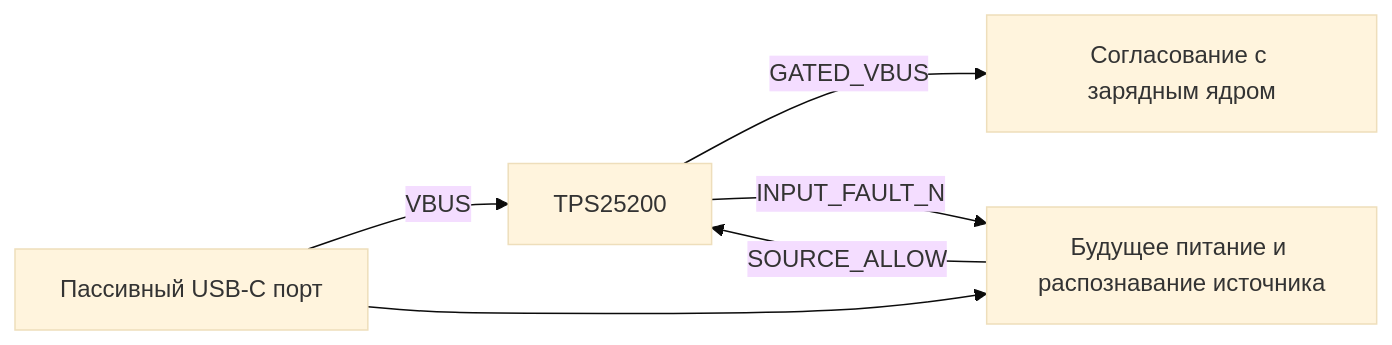
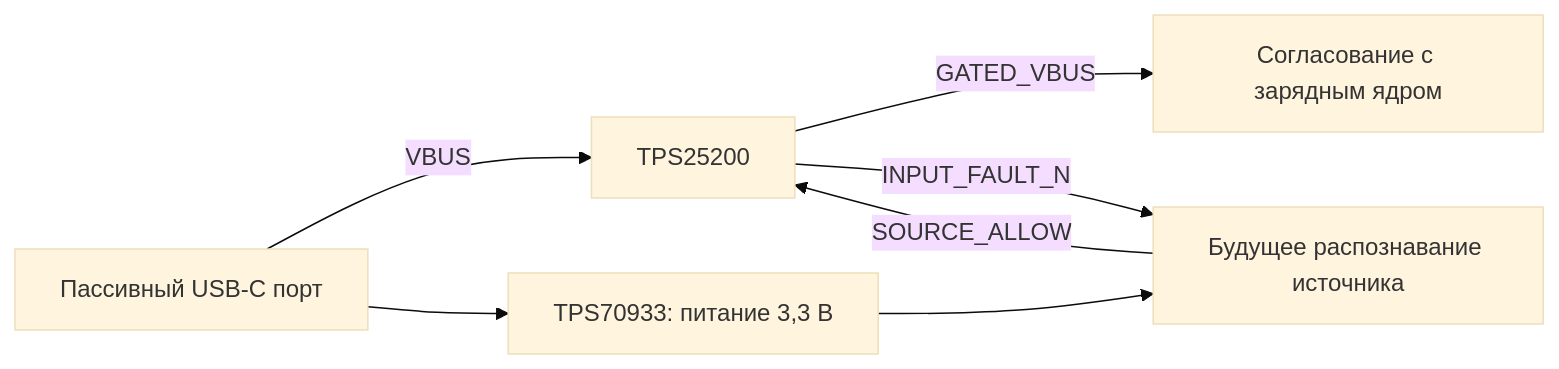
One commit to BlowYourBrain/RaceRemote changed the diagram in hardware/usb-input-gate/README.md. Above: the diagram before and after it, drawn with Mermaid (base theme). The commit also changed other lines of this file and 18 other files, not shown here.

````diff
--- a/hardware/usb-input-gate/README.md
+++ b/hardware/usb-input-gate/README.md
@@ -11,8 +11,9 @@
 ```mermaid
 flowchart LR
     USB[Пассивный USB-C порт] -->|VBUS| KEY[TPS25200]
-    USB --> AUX[Будущее питание и распознавание источника]
+    USB --> LDO[TPS70933: питание 3,3 В]
+    LDO --> AUX[Будущее распознавание источника]
     AUX -->|SOURCE_ALLOW| KEY
     KEY -->|GATED_VBUS| NEXT[Согласование с зарядным ядром]
     KEY -->|INPUT_FAULT_N| AUX
 ```
````
